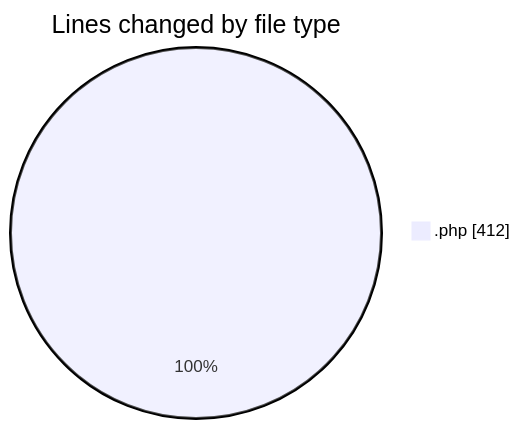
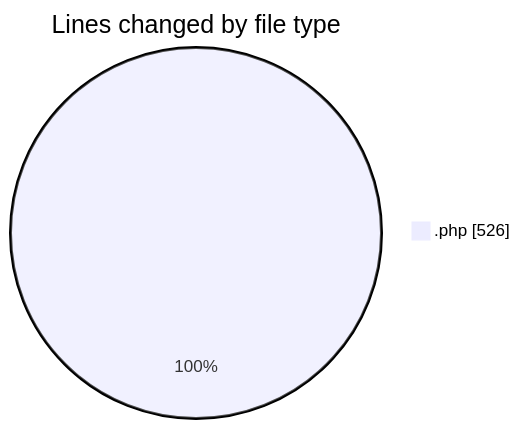
One commit to LanceThiago/code-tracking changed the first of 2 diagrams in 2025-05-19/oficina/README.md. Above: the diagram before and after it, drawn with Mermaid. The commit also changed other lines of this file and 1 other file, not shown here.

````diff
--- a/2025-05-19/oficina/README.md
+++ b/2025-05-19/oficina/README.md
@@ -20,5 +21,5 @@
 ```mermaid
 pie showData
 title Lines changed by file type
-".php" : 412
+".php" : 526
 ```
````
